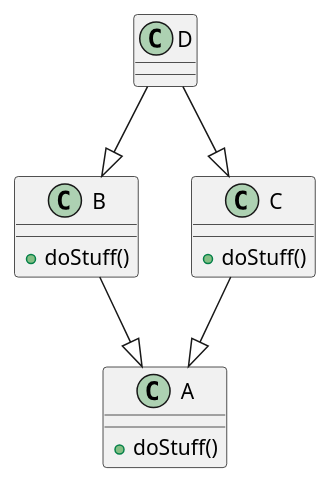
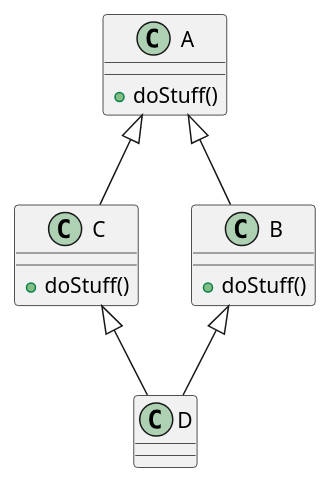
Before and after one commit to 2DGD-F0TH/2DGD_F0TH: the diagram in raw_resources/images/computer_science/diamond.puml, drawn with PlantUML. The commit also changed 31 other files, not shown here.

```diff
--- a/raw_resources/images/computer_science/diamond.puml
+++ b/raw_resources/images/computer_science/diamond.puml
@@ -1,19 +1,19 @@
 @startuml
 class A{
     + doStuff()
 }
 
 class B{
     + doStuff()
 }
 
 class C{
     + doStuff()
 }
 
 
-B --|> A
-C --|> A
-D --|> B
-D --|> C
+B -up-|> A
+C -up-|> A
+D -up-|> B
+D -up-|> C
 @enduml
```
